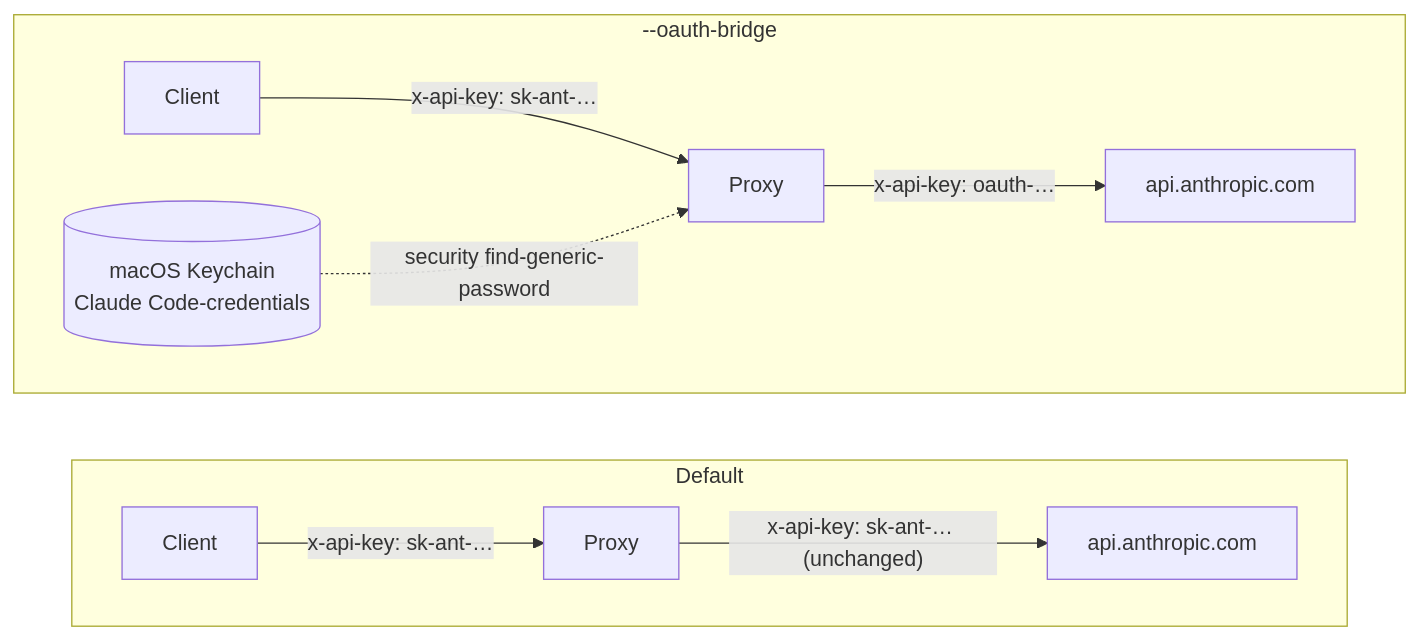
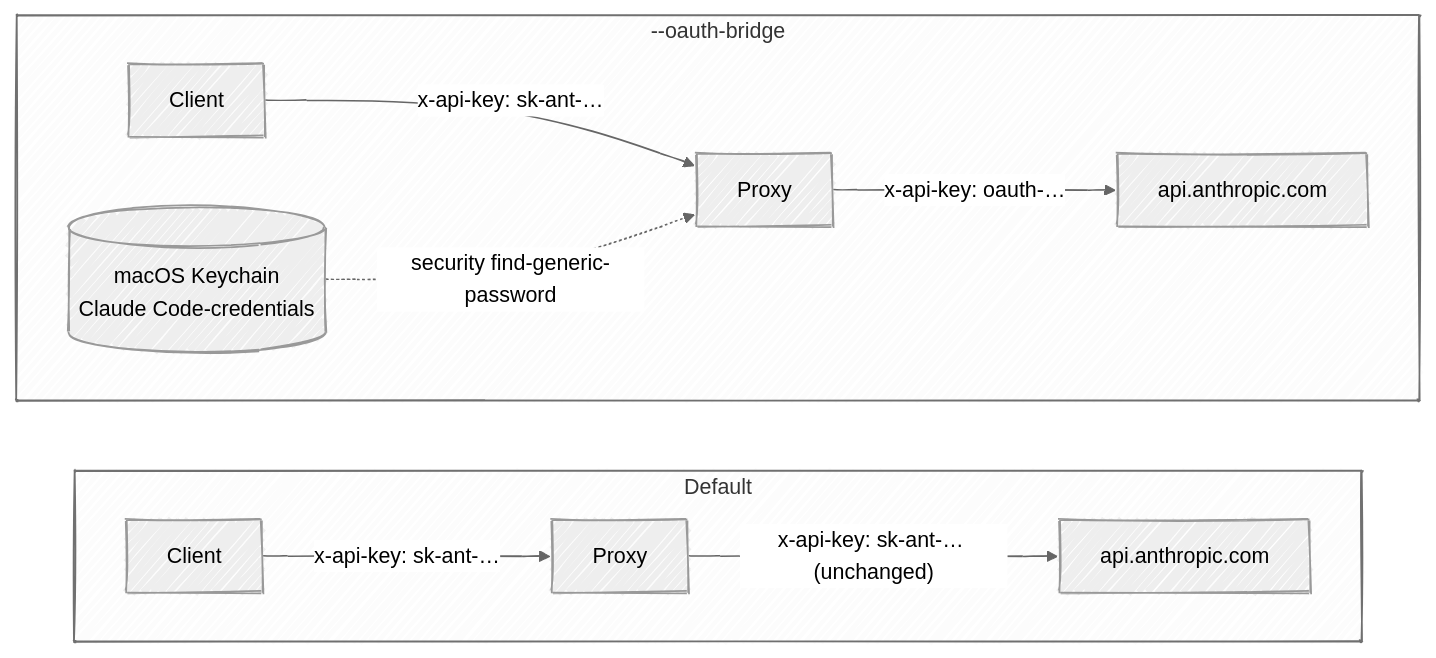
One commit to TwoErgoSum/Ergosum-Proxy changed the fourth of 4 diagrams in README.md. Above: the diagram before and after it, drawn with Mermaid. The commit also changed other lines of this file, not shown here.

Commit message:
Switch mermaid diagrams to hand-drawn look

````diff
--- a/README.md
+++ b/README.md
@@ -160,14 +175,19 @@
 ```mermaid
+---
+config:
+  look: handDrawn
+  theme: neutral
+---
 flowchart LR
     subgraph Default["Default"]
         direction LR
         C1[Client] -->|"x-api-key: sk-ant-…"| P1[Proxy]
         P1 -->|"x-api-key: sk-ant-… (unchanged)"| A1[api.anthropic.com]
     end
     subgraph Bridge["--oauth-bridge"]
         direction LR
         C2[Client] -->|"x-api-key: sk-ant-…"| P2[Proxy]
         K[(macOS Keychain<br/>Claude Code-credentials)] -.->|security find-generic-password| P2
         P2 -->|"x-api-key: oauth-…"| A2[api.anthropic.com]
     end
 ```
````
